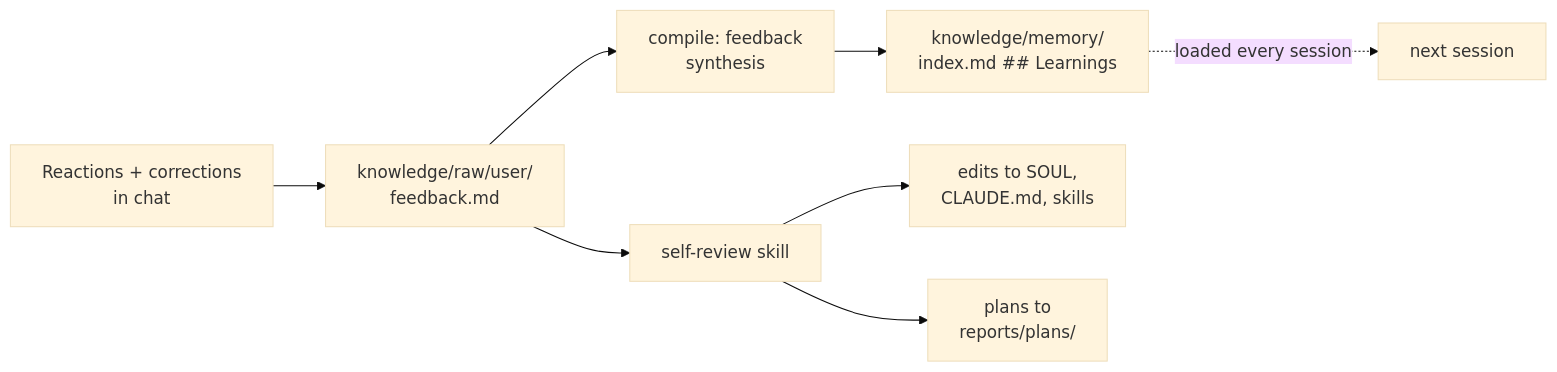
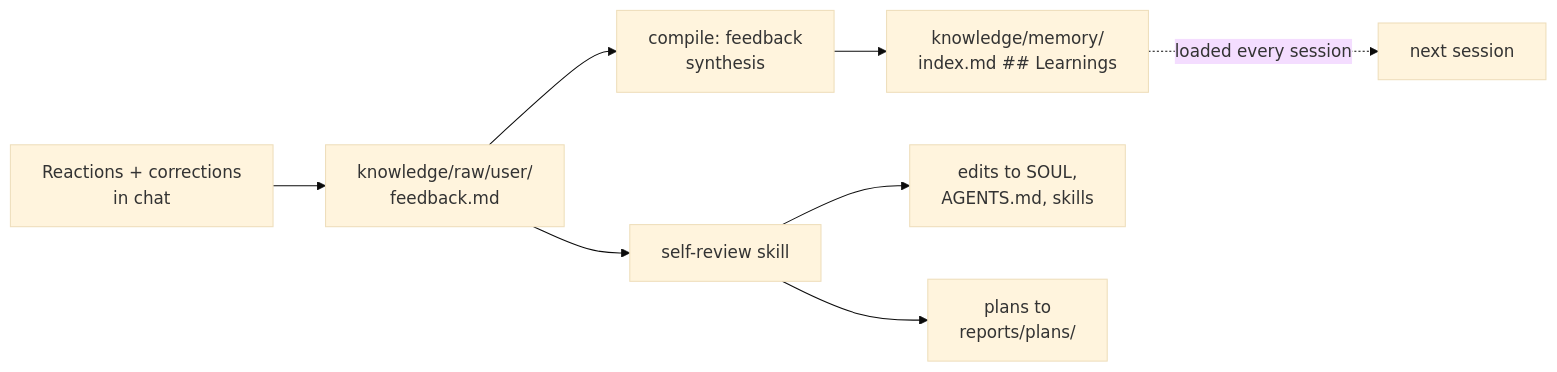
Before and after one commit to AgentLayer1/agent-kevin: the fourth of 6 diagrams in README.md, drawn with Mermaid (base theme). The commit also changed other lines of this file and 13 other files, not shown here.

First line of the commit message:
Update the skills and docs for the AGENTS.md manual

````diff
--- a/README.md
+++ b/README.md
@@ -456,19 +457,19 @@
 ```mermaid
 graph LR
     CAP["Reactions + corrections<br/>in chat"]
     FB["knowledge/raw/user/<br/>feedback.md"]
     SYN["compile: feedback<br/>synthesis"]
     LN["knowledge/memory/<br/>index.md ## Learnings"]
     NEXT["next session"]
     REV["self-review skill"]
-    EDIT["edits to SOUL,<br/>CLAUDE.md, skills"]
+    EDIT["edits to SOUL,<br/>AGENTS.md, skills"]
     PLANS["plans to<br/>reports/plans/"]
 
     CAP --> FB
     FB --> SYN
     SYN --> LN
     LN -.->|loaded every session| NEXT
     FB --> REV
     REV --> EDIT
     REV --> PLANS
 ```
````
